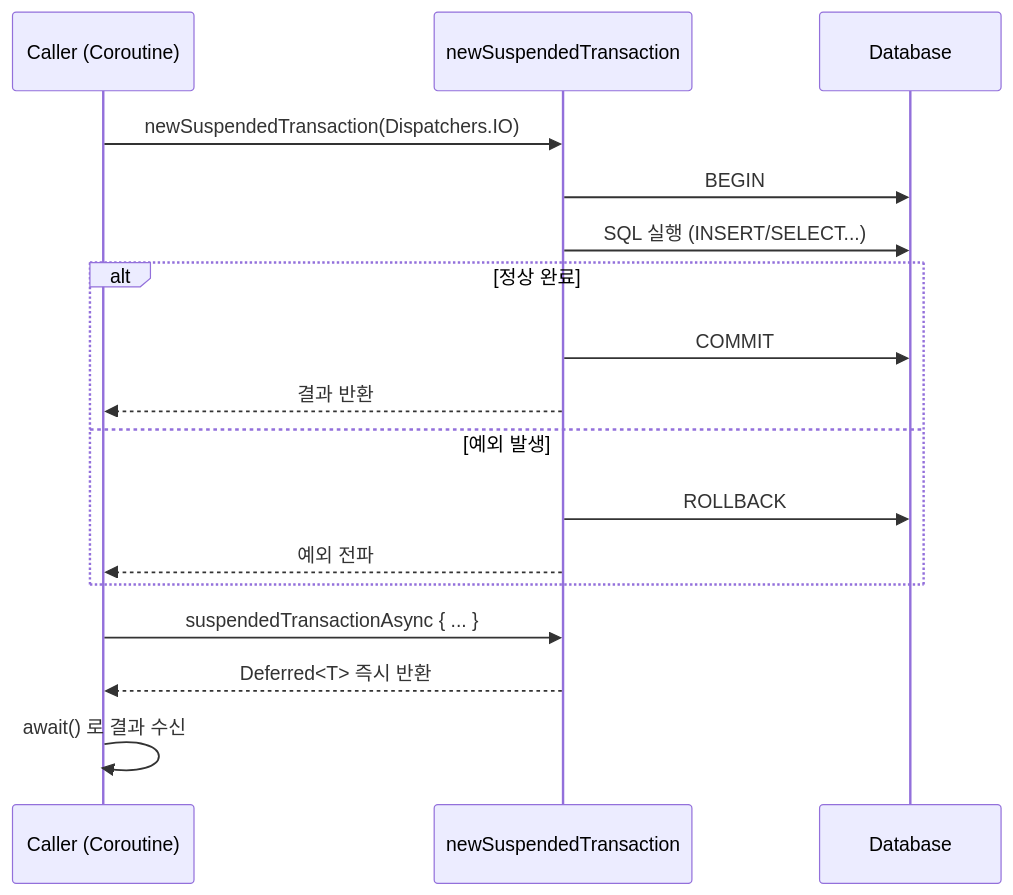
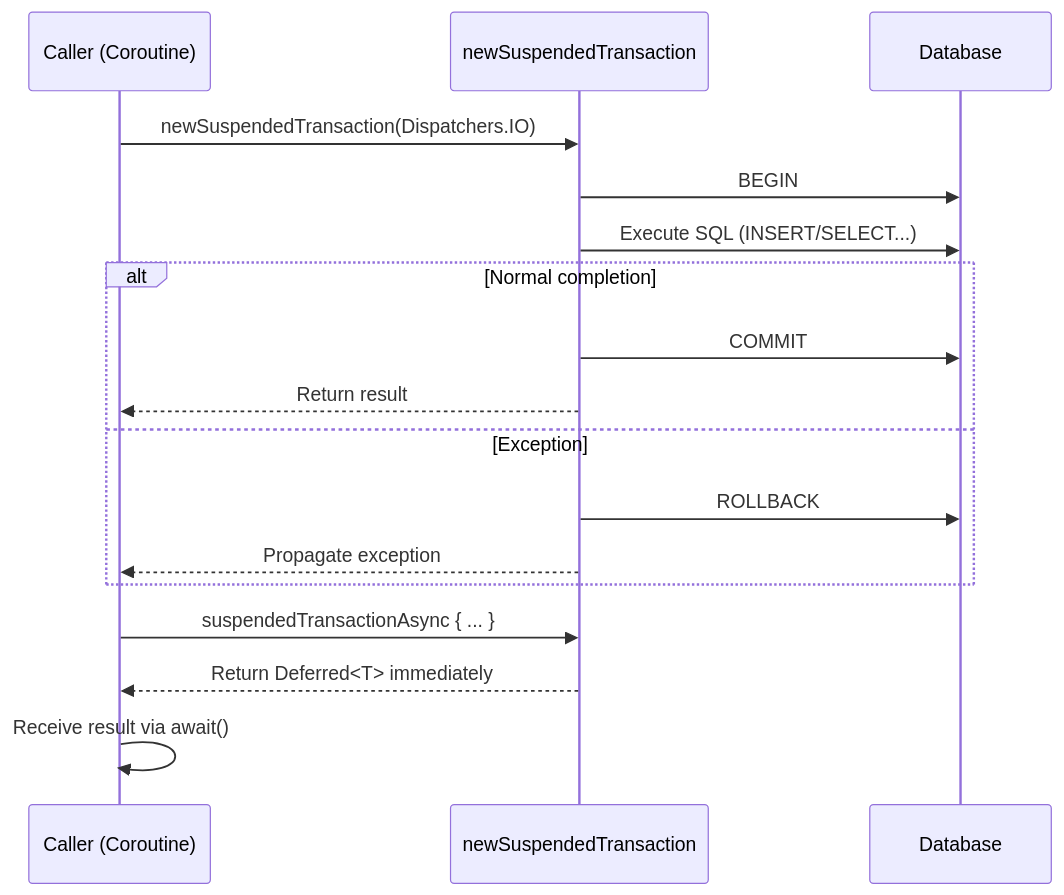
The second of 2 diagrams in 05-exposed-dml/04-transactions/README.md (bluetape4k/exposed-workshop), drawn with Mermaid before and after one commit. The commit also changed other lines of this file and 115 other files, not shown here.

````diff
--- a/05-exposed-dml/04-transactions/README.md
+++ b/05-exposed-dml/04-transactions/README.md
@@ -129,20 +131,20 @@
 ```mermaid
 sequenceDiagram
     participant C as Caller (Coroutine)
     participant T as newSuspendedTransaction
     participant DB as Database
     C ->> T: newSuspendedTransaction(Dispatchers.IO)
     T ->> DB: BEGIN
-    T ->> DB: SQL 실행 (INSERT/SELECT...)
-    alt 정상 완료
+    T ->> DB: Execute SQL (INSERT/SELECT...)
+    alt Normal completion
         T ->> DB: COMMIT
-        T -->> C: 결과 반환
-    else 예외 발생
+        T -->> C: Return result
+    else Exception
         T ->> DB: ROLLBACK
-        T -->> C: 예외 전파
+        T -->> C: Propagate exception
     end
 
     C ->> T: suspendedTransactionAsync { ... }
-    T -->> C: Deferred<T> 즉시 반환
-    C ->> C: await() 로 결과 수신
+    T -->> C: Return Deferred<T> immediately
+    C ->> C: Receive result via await()
 ```
````
